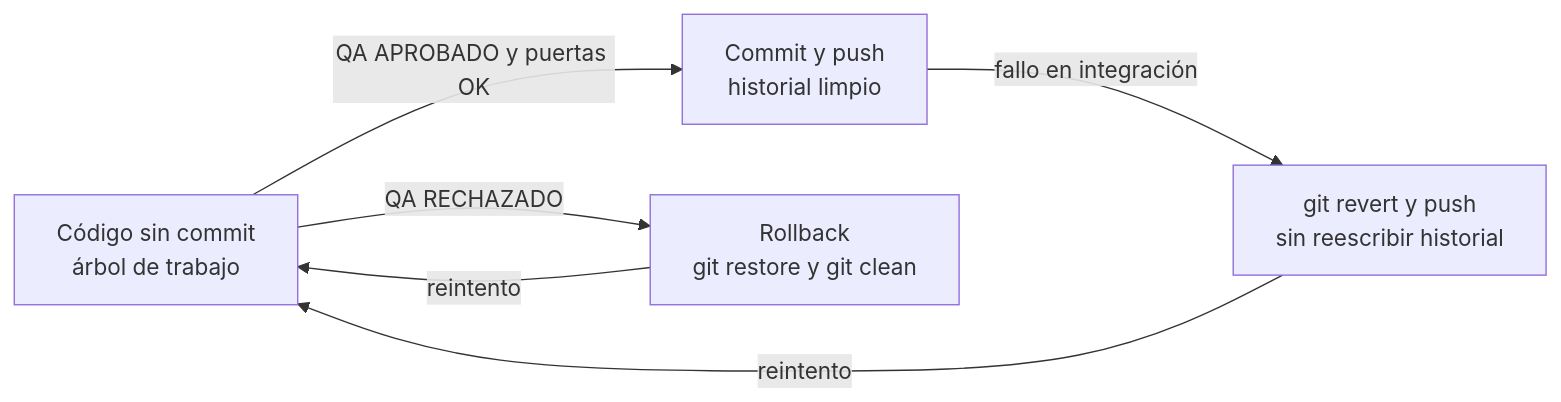
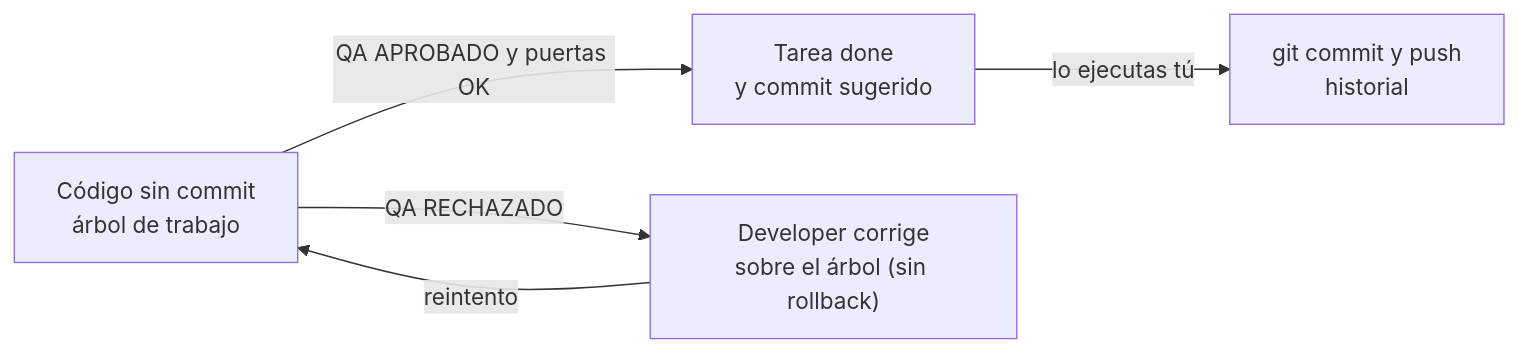
The sixth of 11 diagrams in flujo-agents.md (JordiTurell/GrangesAndreu), drawn with Mermaid before and after one commit. The commit also changed other lines of this file and 13 other files, not shown here.

````diff
--- a/flujo-agents.md
+++ b/flujo-agents.md
@@ -146,9 +143,8 @@
 ```mermaid
 flowchart LR
     W["Código sin commit<br/>árbol de trabajo"]
-    W -->|QA APROBADO y puertas OK| C["Commit y push<br/>historial limpio"]
-    W -->|QA RECHAZADO| X["Rollback<br/>git restore y git clean"]
-    C -->|fallo en integración| V["git revert y push<br/>sin reescribir historial"]
-    X -->|reintento| W
-    V -->|reintento| W
+    W -->|QA APROBADO y puertas OK| D["Tarea done<br/>y commit sugerido"]
+    W -->|QA RECHAZADO| R["Developer corrige<br/>sobre el árbol (sin rollback)"]
+    R -->|reintento| W
+    D -->|lo ejecutas tú| C["git commit y push<br/>historial"]
 ```
````
